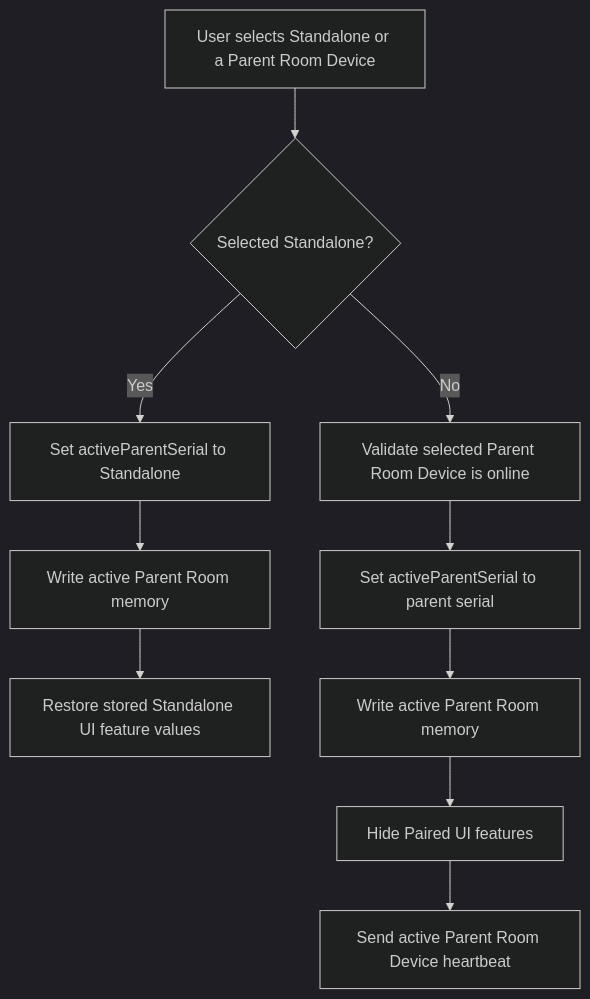
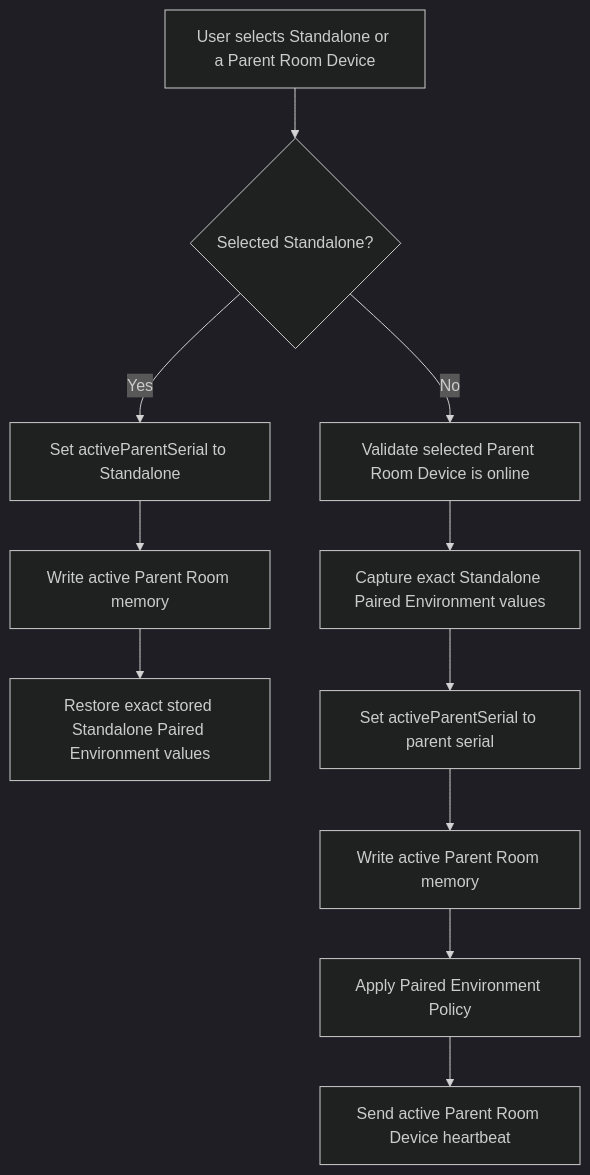
One commit to ctg-tme/Custom_Companion_2026 changed the eighth of 8 diagrams in README.md. Above: the diagram before and after it, drawn with Mermaid (dark theme). The commit also changed other lines of this file and 10 other files, not shown here.

Commit message:
Add reversible paired environment policy

````diff
--- a/README.md
+++ b/README.md
@@ -317,12 +325,13 @@
 ```mermaid
 flowchart TD
 	A[User selects Standalone or a Parent Room Device] --> B{Selected Standalone?}
 	B -- Yes --> C[Set activeParentSerial to Standalone]
 	C --> D[Write active Parent Room memory]
-	D --> E[Restore stored Standalone UI feature values]
+	D --> E[Restore exact stored Standalone Paired Environment values]
 	B -- No --> F[Validate selected Parent Room Device is online]
-	F --> G[Set activeParentSerial to parent serial]
-	G --> H[Write active Parent Room memory]
-	H --> I[Hide Paired UI features]
-	I --> J[Send active Parent Room Device heartbeat]
+	F --> G[Capture exact Standalone Paired Environment values]
+	G --> H[Set activeParentSerial to parent serial]
+	H --> I[Write active Parent Room memory]
+	I --> J[Apply Paired Environment Policy]
+	J --> K[Send active Parent Room Device heartbeat]
 ```
````
